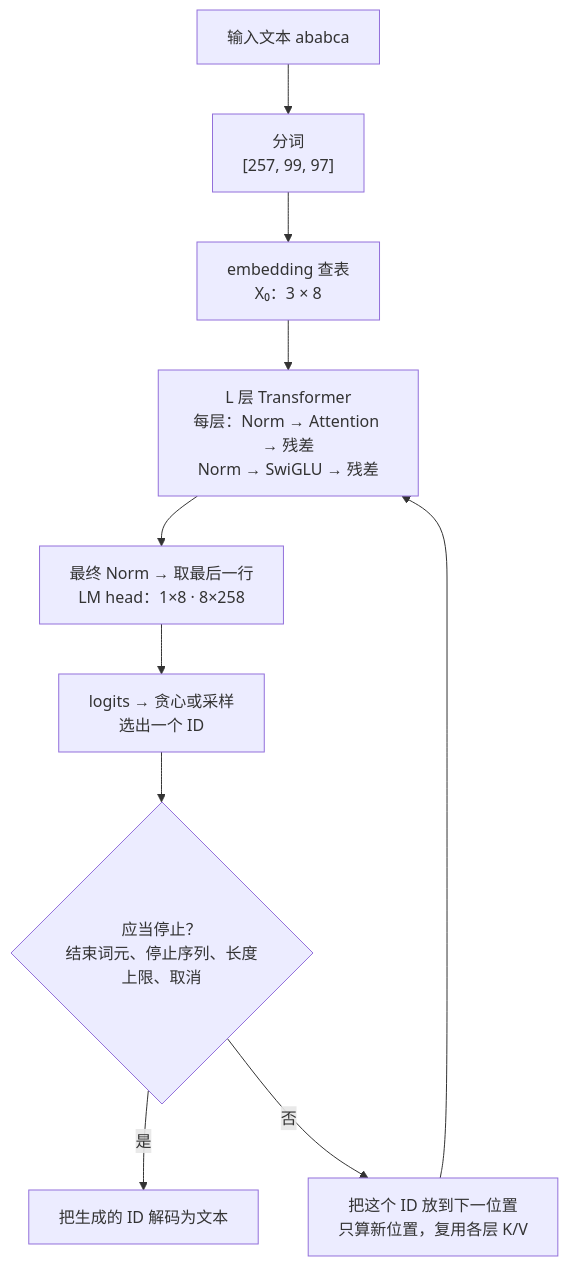
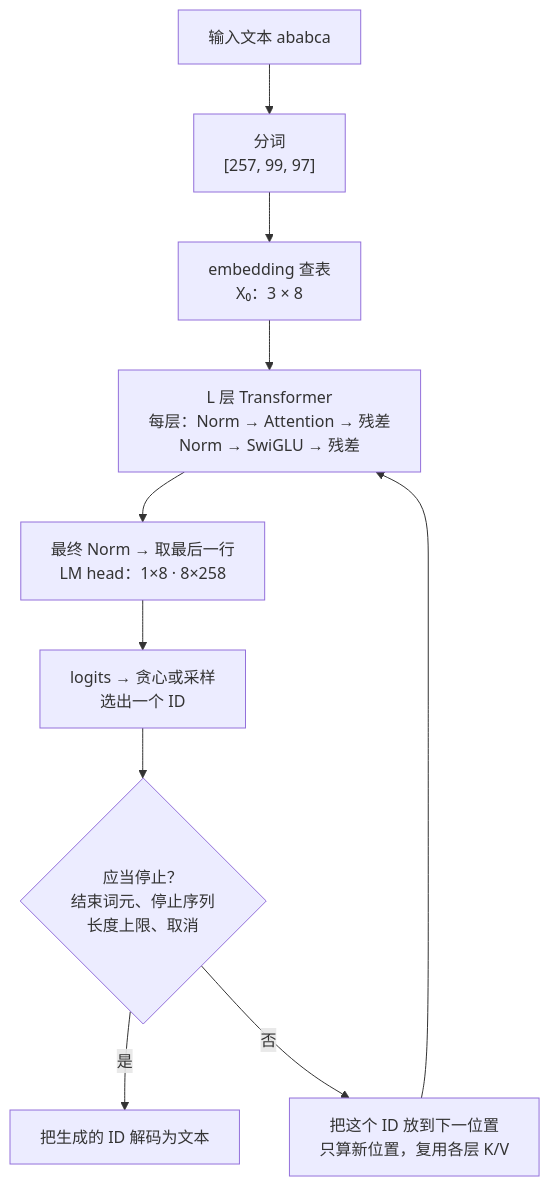
Before and after one commit to Negronii/MyNotes: the diagram in ai-engineering/model/next-token-computation.md, drawn with Mermaid. The commit also changed 220 other files, not shown here.

First line of the commit message:
Replace prose-heavy explanations with figures and fix existing diagrams

```diff
--- a/ai-engineering/model/next-token-computation.md
+++ b/ai-engineering/model/next-token-computation.md
@@ -23,12 +23,13 @@
 ~~~mermaid
+%%{init: {"flowchart": {"wrappingWidth": 320}}}%%
 flowchart TD
     Text["输入文本 ababca"] --> Tok["分词<br/>[257, 99, 97]"]
     Tok --> E["embedding 查表<br/>X₀：3 × 8"]
     E --> Layers["L 层 Transformer<br/>每层：Norm → Attention → 残差<br/>Norm → SwiGLU → 残差"]
     Layers --> Head["最终 Norm → 取最后一行<br/>LM head：1×8 · 8×258"]
     Head --> Select["logits → 贪心或采样<br/>选出一个 ID"]
-    Select --> Stop{"应当停止？<br/>结束词元、停止序列、长度上限、取消"}
+    Select --> Stop{"应当停止？<br/>结束词元、停止序列<br/>长度上限、取消"}
     Stop -->|是| Out["把生成的 ID 解码为文本"]
     Stop -->|否| Next["把这个 ID 放到下一位置<br/>只算新位置，复用各层 K/V"]
     Next --> Layers
 ~~~
```
